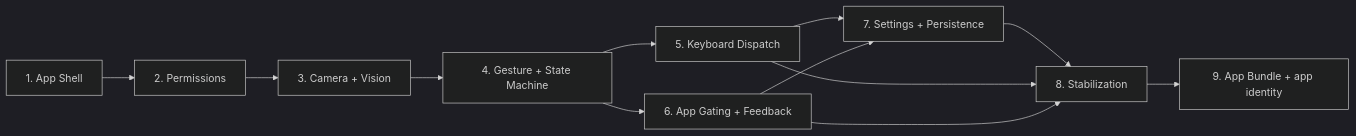
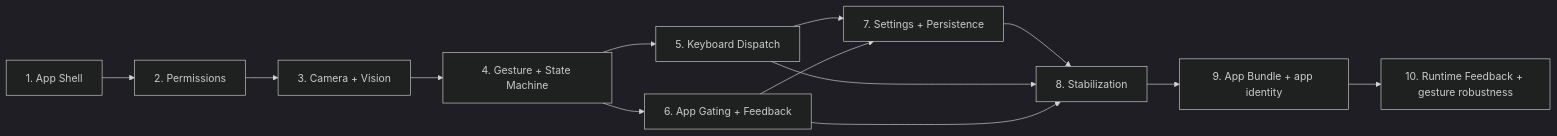
Before and after one commit to knightlpw/vibegesture: the diagram in docs/ROADMAP.md, drawn with Mermaid (dark theme). The commit also changed other lines of this file, not shown here.

Commit message:
docs: add runtime feedback task

````diff
--- a/docs/ROADMAP.md
+++ b/docs/ROADMAP.md
@@ -353,14 +386,15 @@
 ```mermaid
 flowchart LR
   A["1. App Shell"] --> B["2. Permissions"]
   B --> C["3. Camera + Vision"]
   C --> D["4. Gesture + State Machine"]
   D --> E["5. Keyboard Dispatch"]
   D --> F["6. App Gating + Feedback"]
   E --> G["7. Settings + Persistence"]
   F --> G
   G --> H["8. Stabilization"]
   E --> H
   F --> H
   H --> I["9. App Bundle + app identity"]
+  I --> J["10. Runtime Feedback + gesture robustness"]
 ```
````
